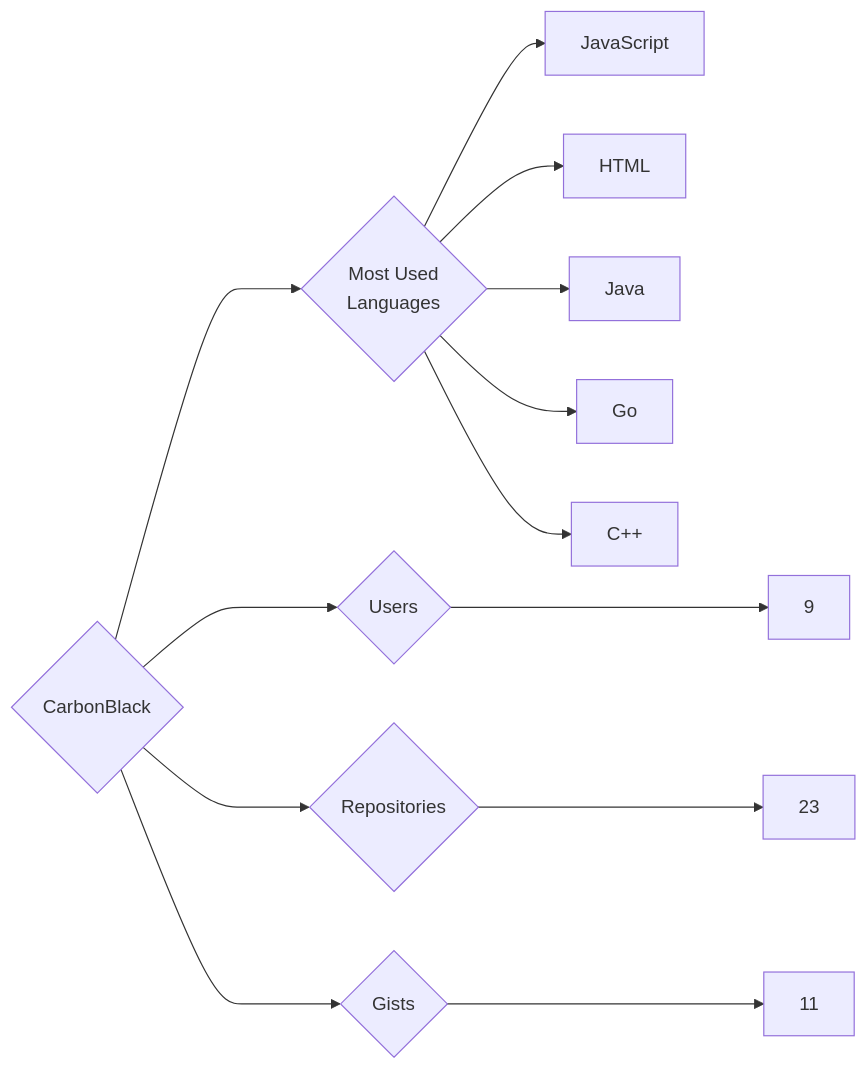
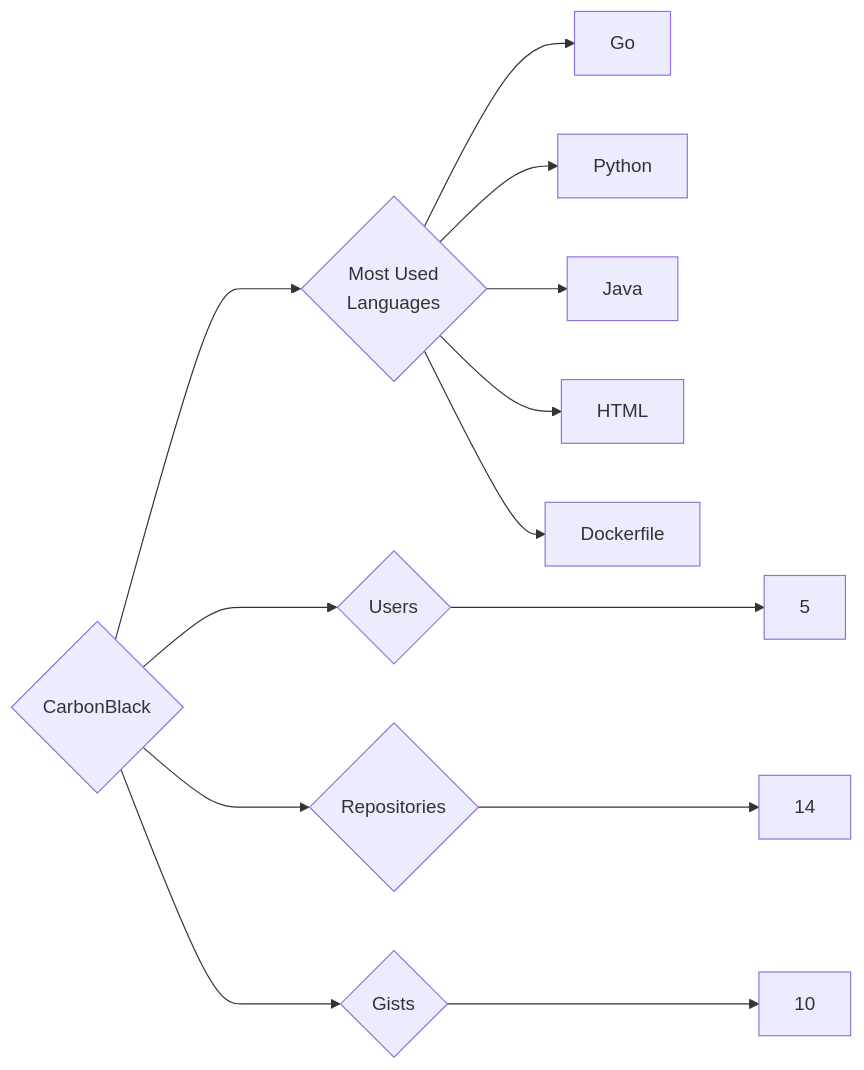
The diagram in targets/CarbonBlack/README.md (trickest/insiders), drawn with Mermaid before and after one commit. The commit also changed 1141 other files, not shown here.

````diff
--- a/targets/CarbonBlack/README.md
+++ b/targets/CarbonBlack/README.md
@@ -3,13 +3,13 @@
 ```mermaid
 graph LR
 COMPANY_NAME{CarbonBlack}
-COMPANY_NAME ---> U{Users} ---> UN[9]
-COMPANY_NAME ---> R{Repositories} ---> RN[23]
-COMPANY_NAME ---> G{Gists} ---> GN[11]
+COMPANY_NAME ---> U{Users} ---> UN[5]
+COMPANY_NAME ---> R{Repositories} ---> RN[14]
+COMPANY_NAME ---> G{Gists} ---> GN[10]
 COMPANY_NAME ---> ML{Most Used<br>Languages}
-ML --> JavaScript[JavaScript]
+ML --> Go[Go]
+ML --> Python[Python]
+ML --> Java[Java]
 ML --> HTML[HTML]
-ML --> Java[Java]
-ML --> Go[Go]
-ML --> C++[C++]
+ML --> Dockerfile[Dockerfile]
 ```
````
